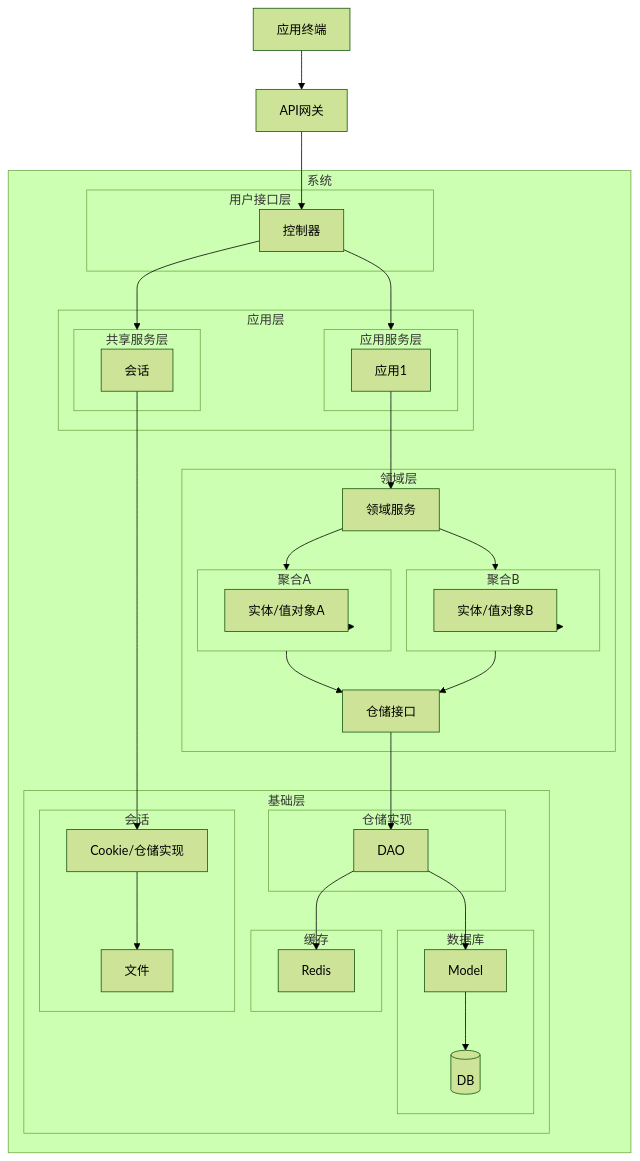
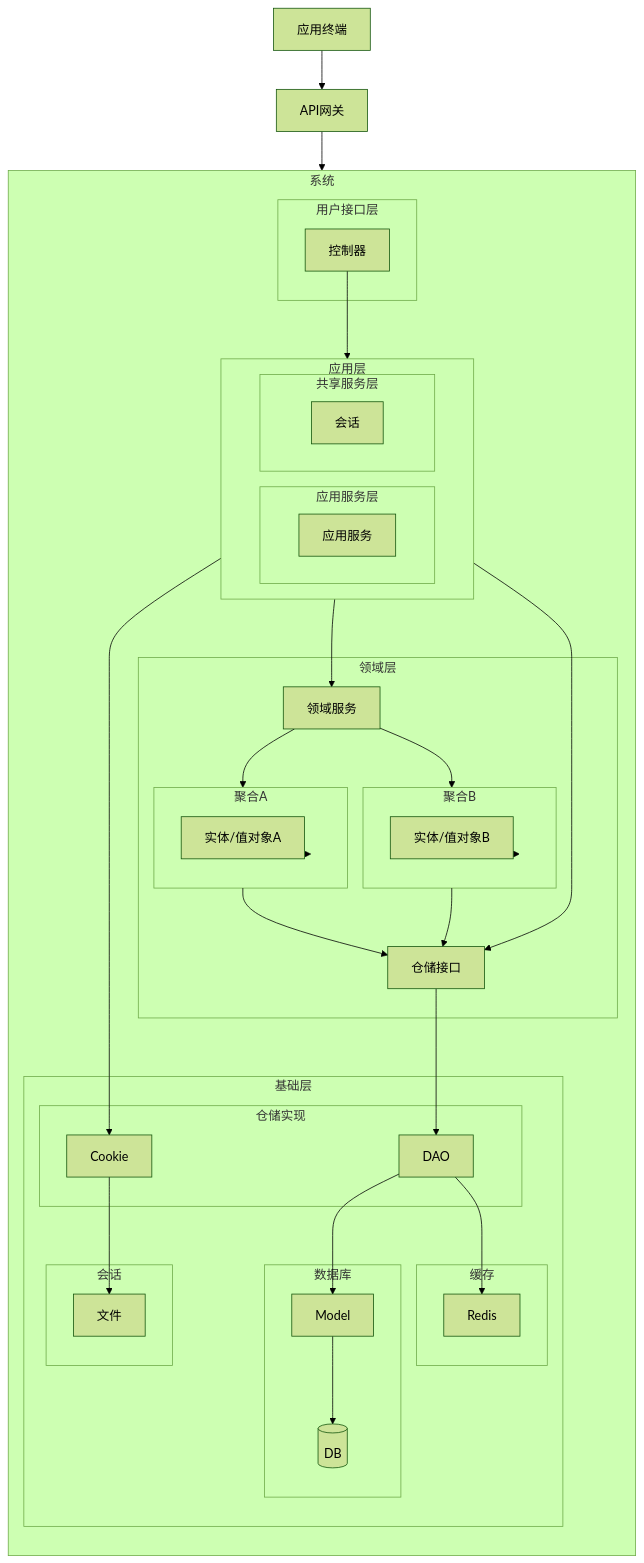
One commit to n3xtchen/gin-3at changed the second of 2 diagrams in README.md. Above: the diagram before and after it, drawn with Mermaid (forest theme).

Commit message:
架构图整理：mermaid 布局问题：应用服务可以调用共享服务

````diff
--- a/README.md
+++ b/README.md
@@ -43,79 +43,81 @@
 ```mermaid
 flowchart TD
   %% 外部
   Client[应用终端]
   APIGW[API网关]
 
   %% 系统主框
   subgraph 系统
+    direction TB
     subgraph 用户接口层
       Controller[控制器]
     end
 
     subgraph 应用层
-    	
+    	direction LR
       subgraph AppService[应用服务层]
-      	App1[应用1]
+      	App[应用服务]
       end
       %% AppRepoPort[仓储接口]
       subgraph SharedService[共享服务层]
       	SessionRepoPort[会话]
       end
+      %% App --> SessionRepoPort
     end
 
     subgraph 领域层
       DomainService[领域服务]
 
       subgraph AggregatesA[聚合A]
         ValueObjA[实体/值对象A]
       end
       subgraph AggregatesB[聚合B]
         ValueObjB[实体/值对象B]
       end
       DomainRepoPort[仓储接口]
     end
 
     subgraph 基础层
     	subgraph 仓储实现
       	DAO[DAO]
+      	SessionImp[Cookie]
       end
     	subgraph 数据库
       	PO[Model]
       	DB[(DB)]
       end
       
       subgraph 缓存
       	Redis[Redis]
       end
-      
+     
       subgraph 会话
-      	RepoImplFile[Cookie/仓储实现]
       	File[文件]
       end
     end
   end
 
   %% 关系
   Client --> APIGW
   APIGW --> Controller
   Controller --> AppService
-  Controller --> SharedService
-
-  App1 --> DomainService
-
+	%%Controller --> SharedService
+  App --> DomainService
+  App --> DomainRepoPort
+	%%AppService --> SharedService
+	
   DomainService --> AggregatesA
   DomainService --> AggregatesB
   AggregatesA --> ValueObjA
   AggregatesB --> ValueObjB
   AggregatesA --> DomainRepoPort
   AggregatesB --> DomainRepoPort
 
-
   DomainRepoPort --> DAO
-  SessionRepoPort --> RepoImplFile
+  SessionRepoPort --> SessionImp
   DAO --> PO
   PO --> DB
   DAO --> Redis
-  RepoImplFile --> File
+  SessionImp --> File
  
 ```
````
